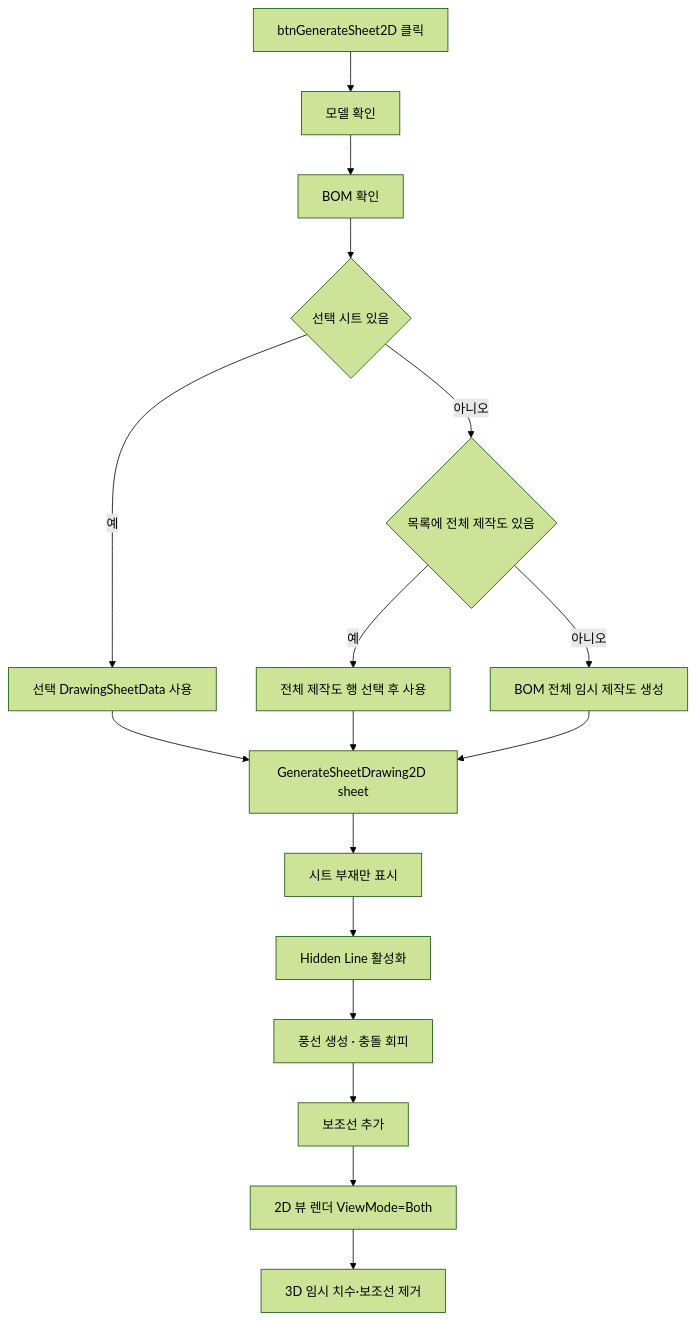
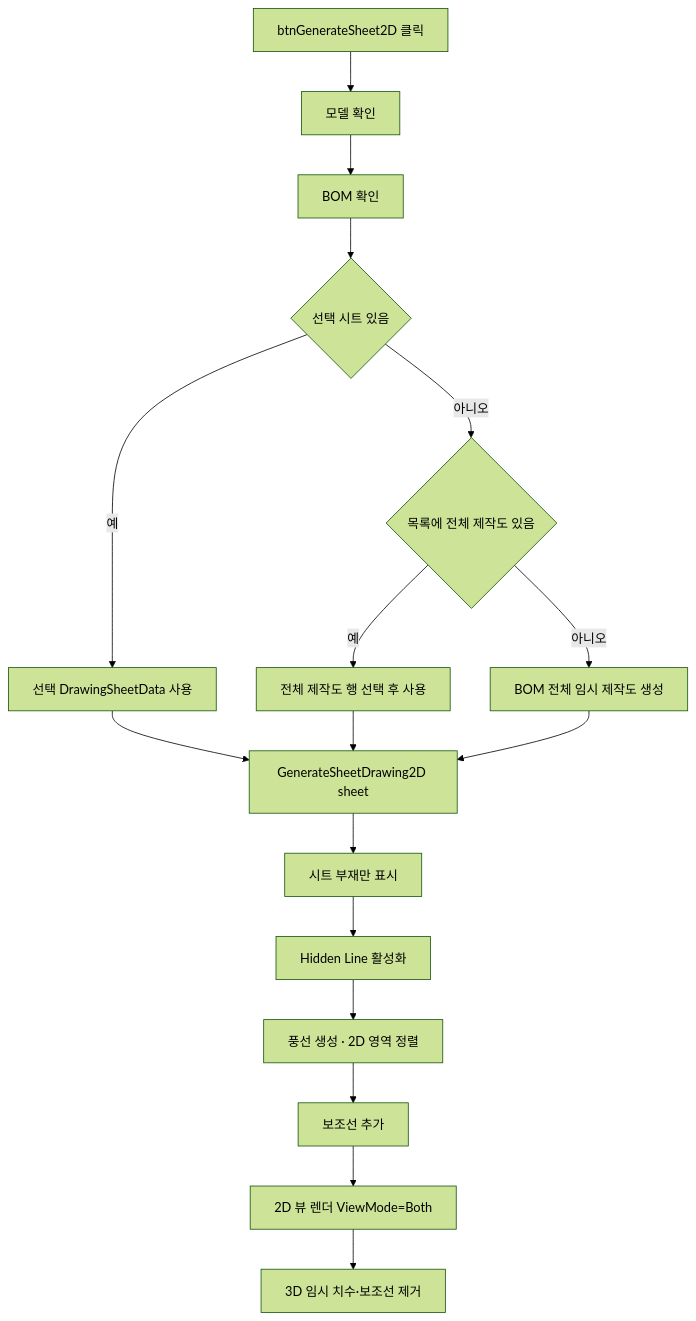
The diagram in docs/기능/도면시트/시트 2D 렌더.md (uuuuj/a2z), drawn with Mermaid (forest theme) before and after one commit. The commit also changed other lines of this file and 9 other files, not shown here.

````diff
--- a/docs/기능/도면시트/시트 2D 렌더.md
+++ b/docs/기능/도면시트/시트 2D 렌더.md
@@ -34,19 +34,19 @@
 ```mermaid
 flowchart TD
     A[btnGenerateSheet2D 클릭] --> B[모델 확인]
     B --> C[BOM 확인]
     C --> D{선택 시트 있음}
     D -->|예| E[선택 DrawingSheetData 사용]
     D -->|아니오| F{목록에 전체 제작도 있음}
     F -->|예| G[전체 제작도 행 선택 후 사용]
     F -->|아니오| H[BOM 전체 임시 제작도 생성]
     E --> I[GenerateSheetDrawing2D sheet]
     G --> I
     H --> I
     I --> J[시트 부재만 표시]
     J --> K[Hidden Line 활성화]
-    K --> L[풍선 생성 · 충돌 회피]
+    K --> L[풍선 생성 · 2D 영역 정렬]
     L --> M[보조선 추가]
     M --> N[2D 뷰 렌더 ViewMode=Both]
     N --> O[3D 임시 치수·보조선 제거]
 ```
````
